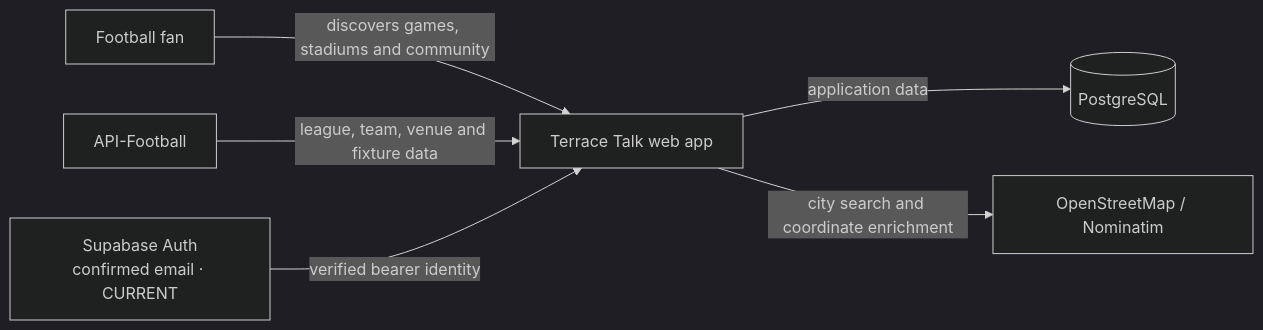
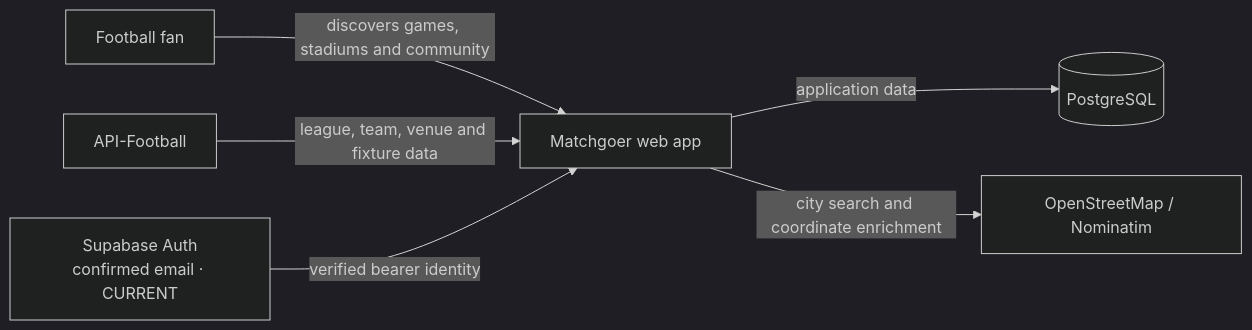
The first of 3 diagrams in docs/architecture.md (rmforrester/matchgoer), drawn with Mermaid (dark theme) before and after one commit. The commit also changed other lines of this file and 30 other files, not shown here.

````diff
--- a/docs/architecture.md
+++ b/docs/architecture.md
@@ -7,8 +7,8 @@
 ```mermaid
 flowchart LR
-    Fan[Football fan] -->|discovers games, stadiums and community| TT[Terrace Talk web app]
+    Fan[Football fan] -->|discovers games, stadiums and community| TT[Matchgoer web app]
     TT -->|application data| DB[(PostgreSQL)]
     AF[API-Football] -->|league, team, venue and fixture data| TT
     TT -->|city search and coordinate enrichment| OSM[OpenStreetMap / Nominatim]
     Auth[Supabase Auth<br/>confirmed email · CURRENT] -->|verified bearer identity| TT
 ```
````
